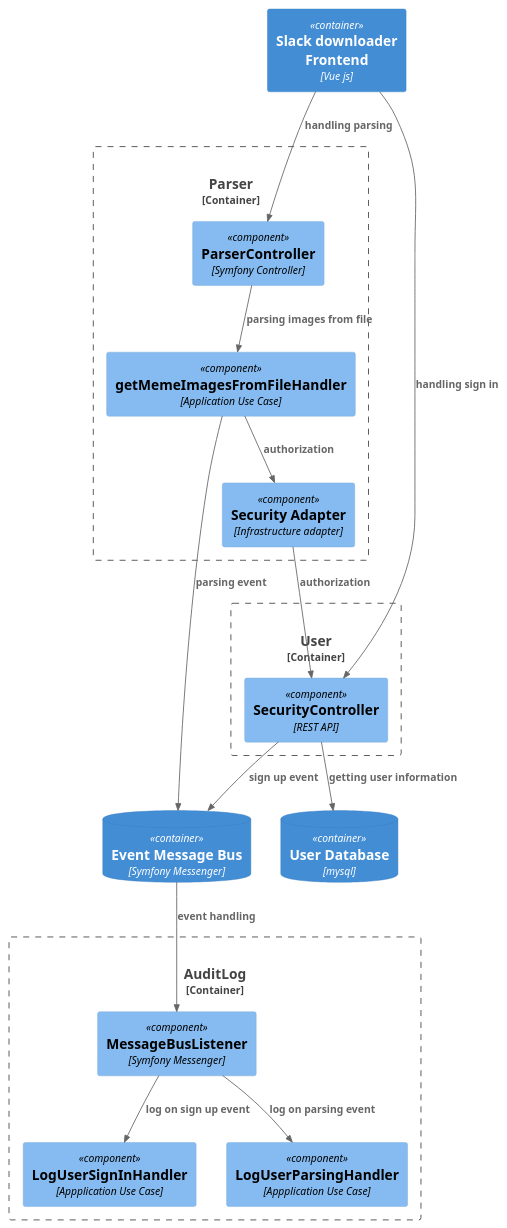
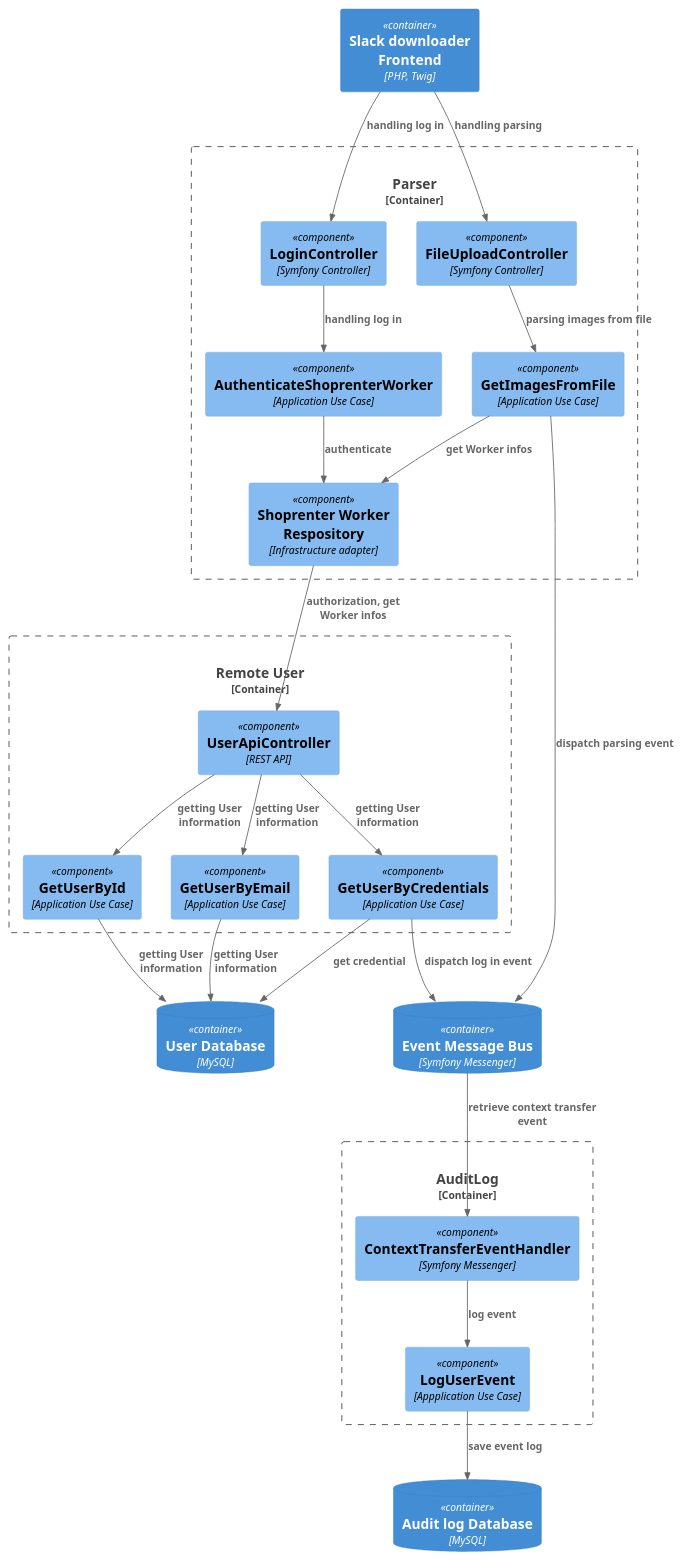
One commit to ngabesz/slackdownloader changed the third of 3 diagrams in doc/slack_downloader.adoc. Above: the diagram before and after it, drawn with PlantUML. The commit also changed other lines of this file, not shown here.

Commit message:
C4 fixed to structure
Resolves: AR-32

```diff
--- a/doc/slack_downloader.adoc
+++ b/doc/slack_downloader.adoc
@@ -154,43 +154,49 @@
 [plantuml]
 ----
 !include https://raw.githubusercontent.com/plantuml-stdlib/C4-PlantUML/master/C4_Component.puml
 
-Container(SDFrontend, "Slack downloader Frontend", 'Vue js')
+Container(SDFrontend, "Slack downloader Frontend", 'PHP, Twig')
+ContainerDb(messageBus, Event Message Bus, Symfony Messenger)
 
-Container_Boundary(parser, 'Parser', 'php, Symfony bundle') {
-    Component(parserController, 'ParserController', 'Symfony Controller')
-    Component(getMemeImagesFromFileHandler, 'getMemeImagesFromFileHandler', 'Application Use Case')
-    Component(securityAdapter, 'Security Adapter', 'Infrastructure adapter')
+Container_Boundary(parser, 'Parser', 'PHP, Symfony bundle') {
+    Component(fileUploadController, 'FileUploadController', 'Symfony Controller')
+    Component(loginController, 'LoginController', 'Symfony Controller')
+    Component(getImagesFromFile, 'GetImagesFromFile', 'Application Use Case')
+    Component(authenticateShoprenterWorker, 'AuthenticateShoprenterWorker', 'Application Use Case')
+    Component(shoprenterWorkerRepository, 'Shoprenter Worker Respository', 'Infrastructure adapter')
 }
-Container_Boundary(user, 'User', 'php, Symfony bundle') {
-    Component('securityController', 'SecurityController', 'REST API')
+Rel(SDFrontend, loginController, 'handling log in')
+Rel(SDFrontend, fileUploadController, 'handling parsing')
+Rel(loginController, authenticateShoprenterWorker, 'handling log in')
+Rel(fileUploadController, getImagesFromFile, 'parsing images from file')
+Rel(getImagesFromFile, shoprenterWorkerRepository, 'get Worker infos')
+Rel(authenticateShoprenterWorker, shoprenterWorkerRepository, 'authenticate')
+Rel(getImagesFromFile, messageBus, 'dispatch parsing event')
+
+Container_Boundary(remoteUser, 'Remote User', 'PHP, Symfony bundle') {
+    Component('userApiController', 'UserApiController', 'REST API')
+    Component(getUserByCredentials, 'GetUserByCredentials', 'Application Use Case')
+    Component(getUserByEmail, 'GetUserByEmail', 'Application Use Case')
+    Component(getUserById, 'GetUserById', 'Application Use Case')
 }
+Rel(shoprenterWorkerRepository, userApiController, 'authorization, get Worker infos')
+ContainerDb(userDb, User Database, MySQL)
+Rel(userApiController, getUserByCredentials, 'getting User information')
+Rel(userApiController, getUserByEmail, 'getting User information')
+Rel(userApiController, getUserById, 'getting User information')
+
+Rel(getUserByCredentials, userDb, 'get credential')
+Rel(getUserByEmail, userDb, 'getting User information')
+Rel(getUserById, userDb, 'getting User information')
+Rel(getUserByCredentials, messageBus, ' dispatch log in event')
 
 Container_Boundary(auditLog, 'AuditLog', 'php, Symfony bundle') {
-    Component('messageBusListener', 'MessageBusListener', 'Symfony Messenger')
-    Component('logUserSignInHandler', 'LogUserSignInHandler', 'Appplication Use Case')
-    Component('logUserParsingHandler', 'LogUserParsingHandler', 'Appplication Use Case')
+    Component('contextTransferEventHandler', 'ContextTransferEventHandler', 'Symfony Messenger')
+    Component('logUserEvent', 'LogUserEvent', 'Appplication Use Case')
 }
+Rel(messageBus, contextTransferEventHandler, 'retrieve context transfer event')
+ContainerDb(auditLogDb, Audit log Database, MySQL)
 
-ContainerDb(userDb, User Database, mysql)
-ContainerDb(messageBus, Event Message Bus, Symfony Messenger)
-
-Rel(securityController, userDb, 'getting user information')
-Rel(SDFrontend, securityController, 'handling sign in')
-Rel(SDFrontend, parserController, 'handling parsing')
-
-Rel(securityAdapter, securityController, 'authorization')
-
-Rel(getMemeImagesFromFileHandler, securityAdapter, 'authorization')
-
-Rel(parserController, getMemeImagesFromFileHandler, 'parsing images from file')
-
-Rel(messageBusListener, logUserParsingHandler, 'log on parsing event')
-Rel(messageBusListener, logUserSignInHandler, 'log on sign up event')
-
-Rel(getMemeImagesFromFileHandler, messageBus, 'parsing event')
-Rel(securityController, messageBus, 'sign up event')
-Rel(messageBus, messageBusListener, 'event handling')
-
-
+Rel(contextTransferEventHandler, logUserEvent, 'log event')
+Rel(logUserEvent, auditLogDb, 'save event log')
 ----
```
